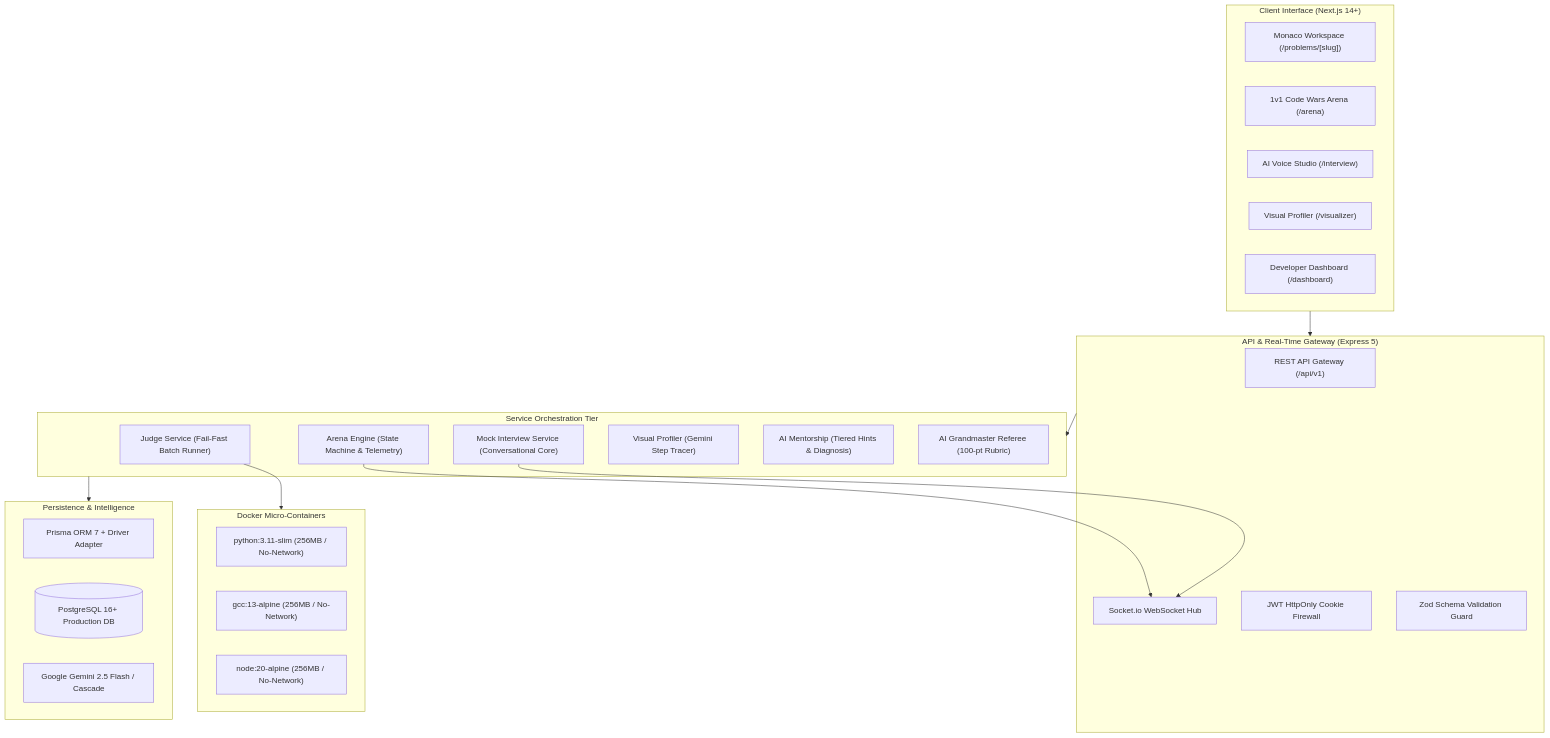
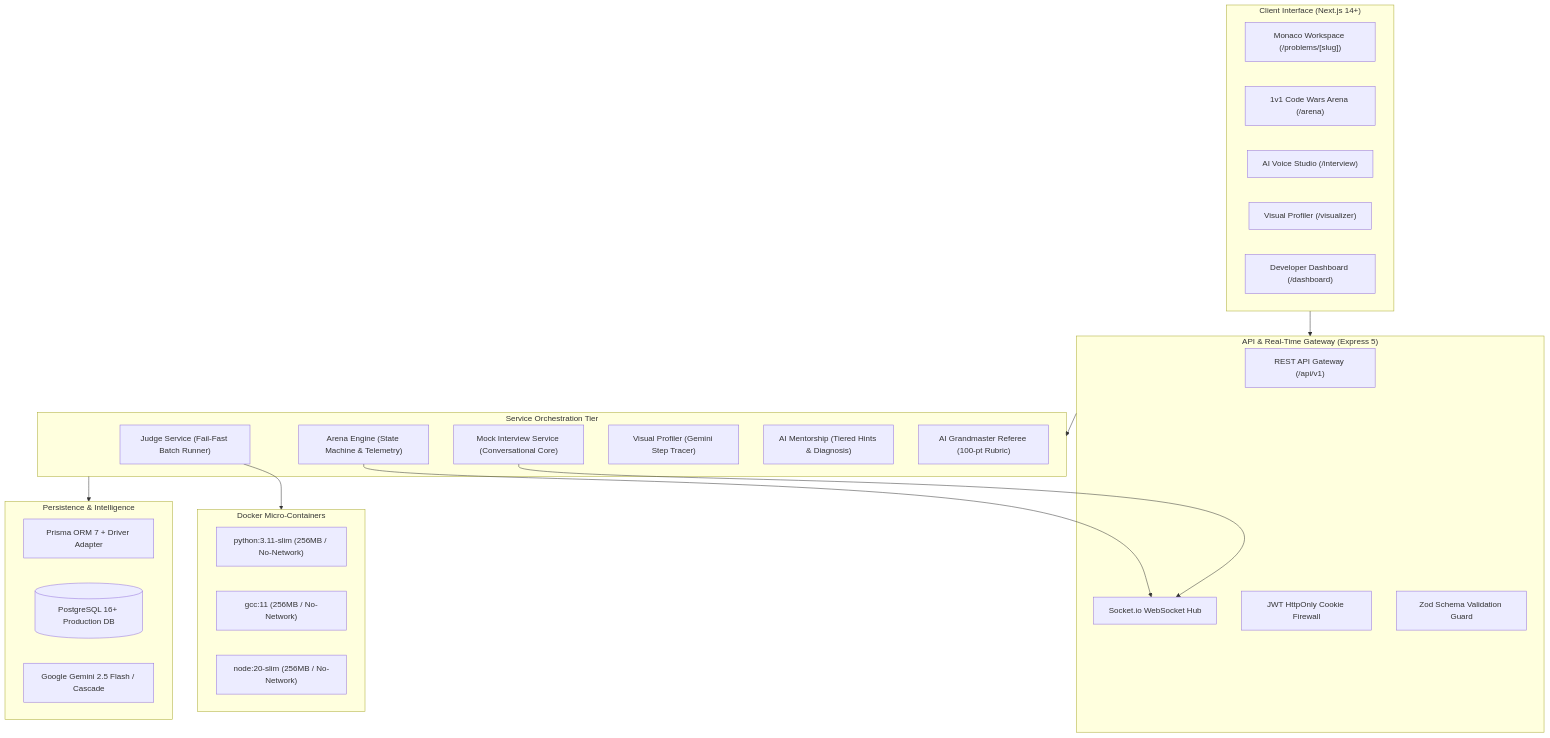
The diagram in README.md (bharadwaj0077/AI-Online-Judge), drawn with Mermaid before and after one commit. The commit also changed 3 other files, not shown here.

Commit message:
fix(aws): update docker compiler image tags to gcc:11 and node:20-slim in aws-setup.sh and docs

````diff
--- a/README.md
+++ b/README.md
@@ -55,45 +55,45 @@
 ```mermaid
 flowchart TB
     subgraph Client ["Client Interface (Next.js 14+)"]
         IDE["Monaco Workspace (/problems/[slug])"]
         Arena["1v1 Code Wars Arena (/arena)"]
         Interview["AI Voice Studio (/interview)"]
         Profiler["Visual Profiler (/visualizer)"]
         Dashboard["Developer Dashboard (/dashboard)"]
     end
 
     subgraph Gateway ["API & Real-Time Gateway (Express 5)"]
         REST["REST API Gateway (/api/v1)"]
         Sockets["Socket.io WebSocket Hub"]
         AuthGuard["JWT HttpOnly Cookie Firewall"]
         ZodGuard["Zod Schema Validation Guard"]
     end
 
     subgraph Services ["Service Orchestration Tier"]
         JudgeSvc["Judge Service (Fail-Fast Batch Runner)"]
         ArenaSvc["Arena Engine (State Machine & Telemetry)"]
         InterviewSvc["Mock Interview Service (Conversational Core)"]
         ProfilerSvc["Visual Profiler (Gemini Step Tracer)"]
         AiMentorship["AI Mentorship (Tiered Hints & Diagnosis)"]
         RefereeSvc["AI Grandmaster Referee (100-pt Rubric)"]
     end
 
     subgraph Sandboxes ["Docker Micro-Containers"]
         PyBox["python:3.11-slim (256MB / No-Network)"]
-        CppBox["gcc:13-alpine (256MB / No-Network)"]
-        NodeBox["node:20-alpine (256MB / No-Network)"]
+        CppBox["gcc:11 (256MB / No-Network)"]
+        NodeBox["node:20-slim (256MB / No-Network)"]
     end
 
     subgraph Persistence ["Persistence & Intelligence"]
         Prisma["Prisma ORM 7 + Driver Adapter"]
         Postgres[("PostgreSQL 16+ Production DB")]
         Gemini["Google Gemini 2.5 Flash / Cascade"]
     end
 
     Client --> Gateway
     Gateway --> Services
     JudgeSvc --> Sandboxes
     Services --> Persistence
     ArenaSvc --> Sockets
     InterviewSvc --> Sockets
 ```
````
